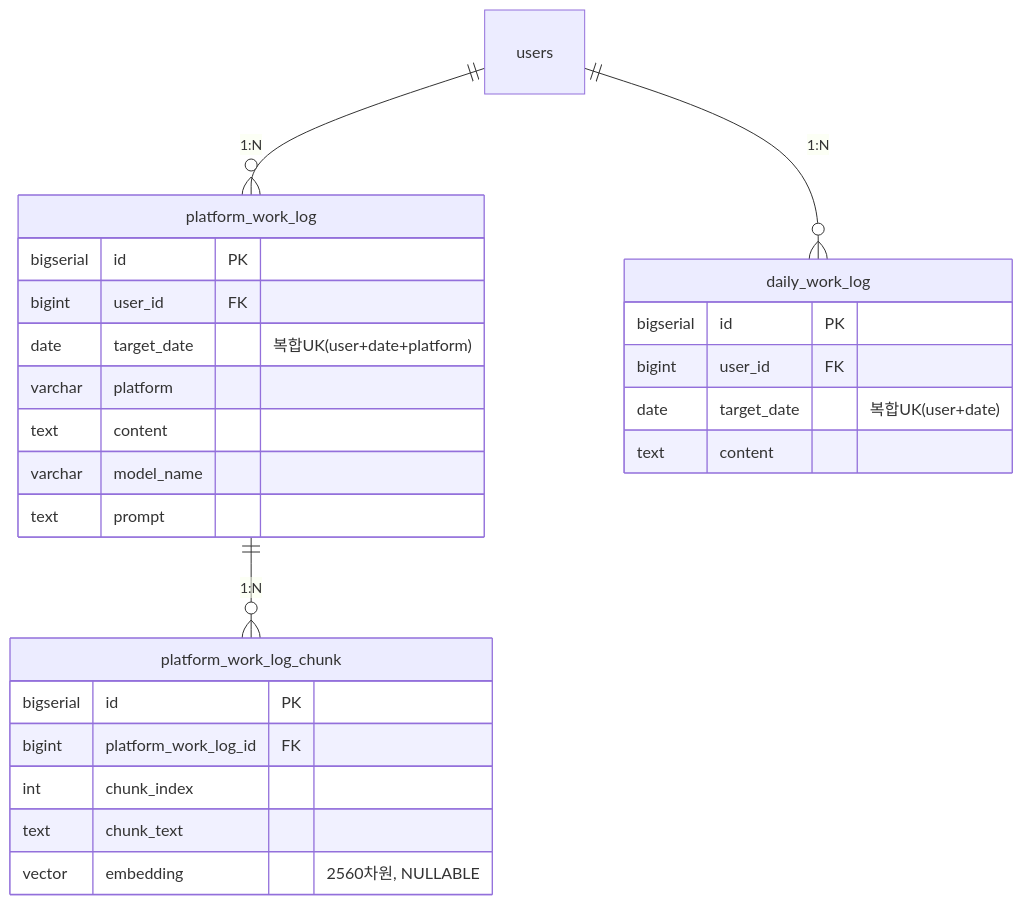
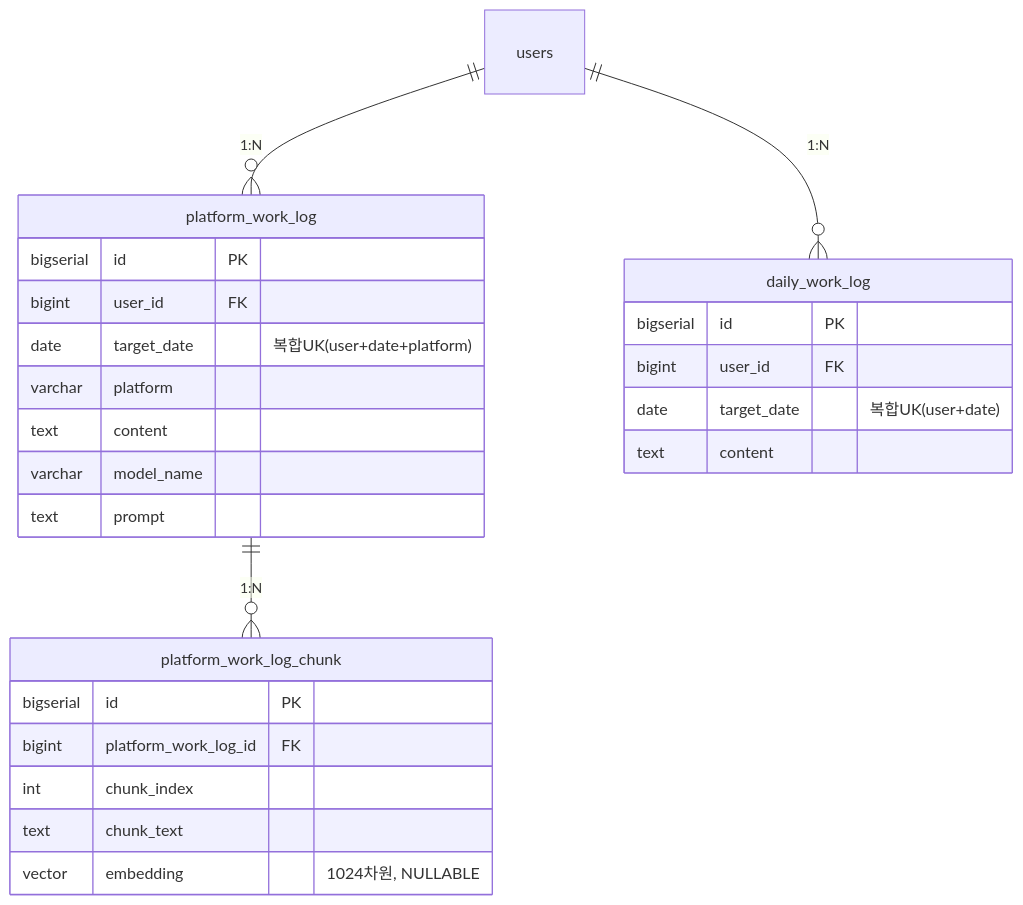
Before and after one commit to sanggi-wjg/dev-blackbox: the sixth of 7 diagrams in docs/ERD.md, drawn with Mermaid. The commit also changed 13 other files, not shown here.

````diff
--- a/docs/ERD.md
+++ b/docs/ERD.md
@@ -154,31 +154,31 @@
 ```mermaid
 erDiagram
     users ||--o{ platform_work_log : "1:N"
     users ||--o{ daily_work_log : "1:N"
     platform_work_log ||--o{ platform_work_log_chunk : "1:N"
 
     platform_work_log {
         bigserial id PK
         bigint user_id FK
         date target_date "복합UK(user+date+platform)"
         varchar platform
         text content
         varchar model_name
         text prompt
     }
 
     daily_work_log {
         bigserial id PK
         bigint user_id FK
         date target_date "복합UK(user+date)"
         text content
     }
 
     platform_work_log_chunk {
         bigserial id PK
         bigint platform_work_log_id FK
         int chunk_index
         text chunk_text
-        vector embedding "2560차원, NULLABLE"
+        vector embedding "1024차원, NULLABLE"
     }
 ```
````
